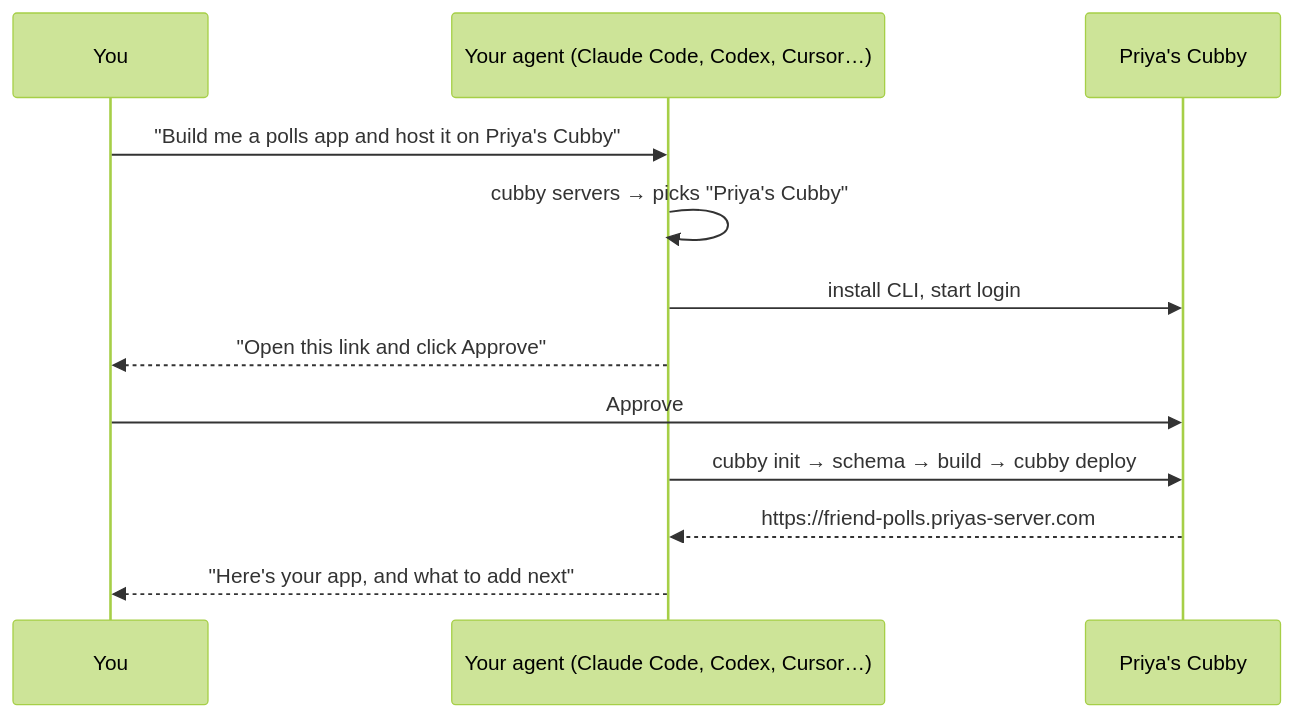
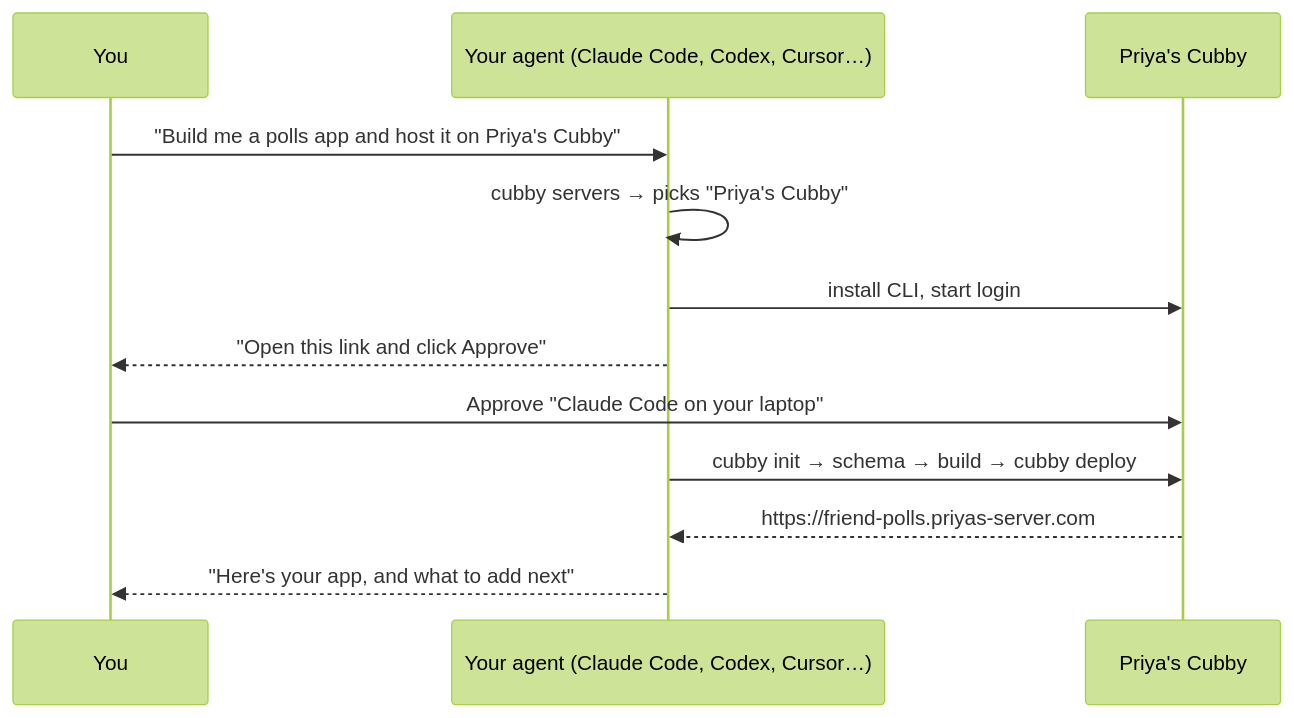
One commit to chaitanyadukkipaty/cubby changed the first of 3 diagrams in README.md. Above: the diagram before and after it, drawn with Mermaid (forest theme). The commit also changed other lines of this file and 77 other files, not shown here.

````diff
--- a/README.md
+++ b/README.md
@@ -41,14 +41,14 @@
 ```mermaid
 sequenceDiagram
     participant You
     participant Agent as Your agent (Claude Code, Codex, Cursor…)
     participant Cubby as Priya's Cubby
     You->>Agent: "Build me a polls app and host it on Priya's Cubby"
     Agent->>Agent: cubby servers → picks "Priya's Cubby"
     Agent->>Cubby: install CLI, start login
     Agent-->>You: "Open this link and click Approve"
-    You->>Cubby: Approve
+    You->>Cubby: Approve "Claude Code on your laptop"
     Agent->>Cubby: cubby init → schema → build → cubby deploy
     Cubby-->>Agent: https://friend-polls.priyas-server.com
     Agent-->>You: "Here's your app, and what to add next"
 ```
````
